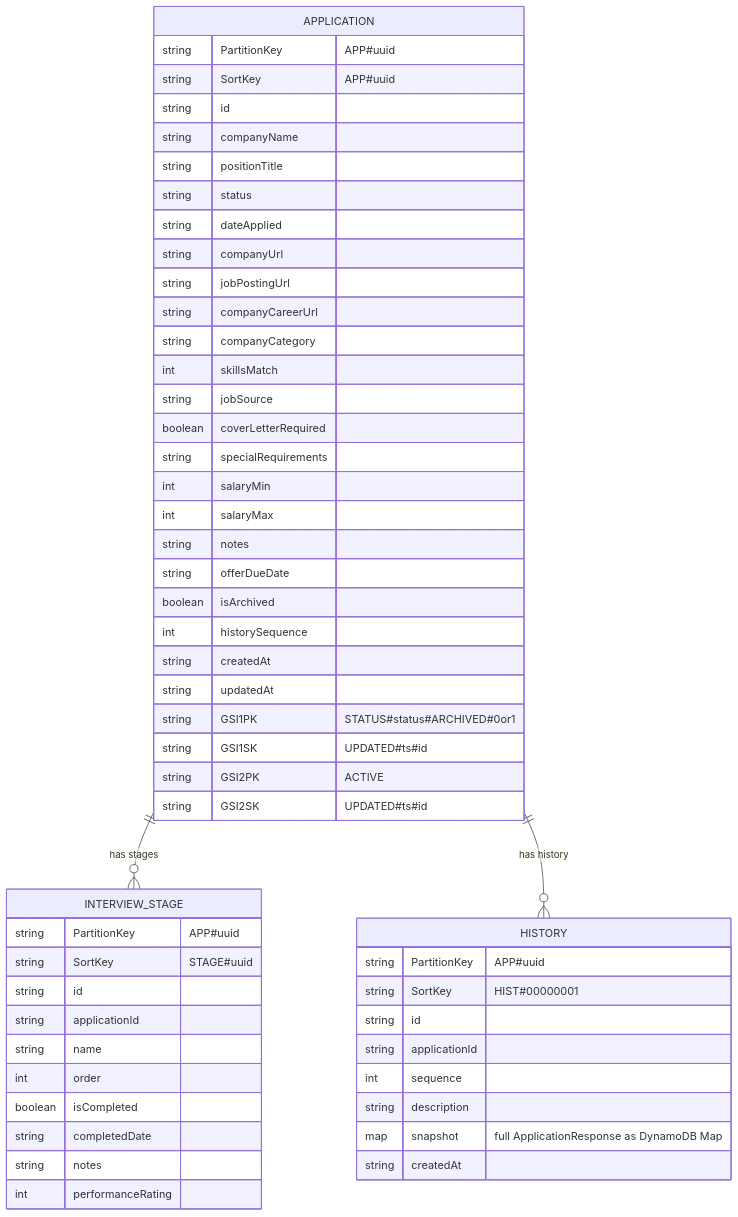
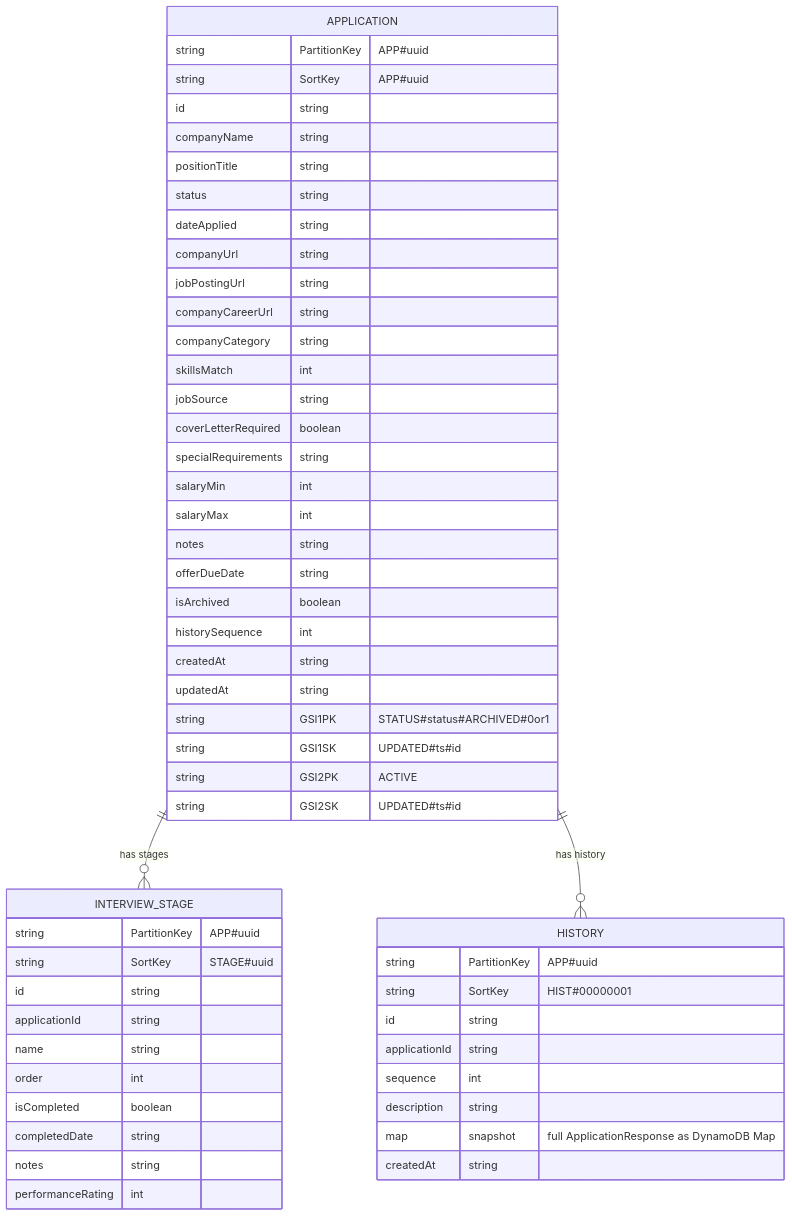
The diagram in docs/schema/lambda-api/README.md (WhatIfWeDigDeeper/application-tracker), drawn with Mermaid before and after one commit. The commit also changed 120 other files, not shown here.

````diff
--- a/docs/schema/lambda-api/README.md
+++ b/docs/schema/lambda-api/README.md
@@ -100,60 +100,60 @@
 ```mermaid
 erDiagram
 
 APPLICATION ||--o{ INTERVIEW_STAGE : "has stages"
 APPLICATION ||--o{ HISTORY : "has history"
 
 APPLICATION {
   string PartitionKey "APP#uuid"
   string SortKey "APP#uuid"
-  string id
-  string companyName
-  string positionTitle
-  string status
-  string dateApplied
-  string companyUrl
-  string jobPostingUrl
-  string companyCareerUrl
-  string companyCategory
-  int skillsMatch
-  string jobSource
-  boolean coverLetterRequired
-  string specialRequirements
-  int salaryMin
-  int salaryMax
-  string notes
-  string offerDueDate
-  boolean isArchived
-  int historySequence
-  string createdAt
-  string updatedAt
+  id string
+  companyName string
+  positionTitle string
+  status string
+  dateApplied string
+  companyUrl string
+  jobPostingUrl string
+  companyCareerUrl string
+  companyCategory string
+  skillsMatch int
+  jobSource string
+  coverLetterRequired boolean
+  specialRequirements string
+  salaryMin int
+  salaryMax int
+  notes string
+  offerDueDate string
+  isArchived boolean
+  historySequence int
+  createdAt string
+  updatedAt string
   string GSI1PK "STATUS#status#ARCHIVED#0or1"
   string GSI1SK "UPDATED#ts#id"
   string GSI2PK "ACTIVE"
   string GSI2SK "UPDATED#ts#id"
 }
 
 INTERVIEW_STAGE {
   string PartitionKey "APP#uuid"
   string SortKey "STAGE#uuid"
-  string id
-  string applicationId
-  string name
-  int order
-  boolean isCompleted
-  string completedDate
-  string notes
-  int performanceRating
+  id string
+  applicationId string
+  name string
+  order int
+  isCompleted boolean
+  completedDate string
+  notes string
+  performanceRating int
 }
 
 HISTORY {
   string PartitionKey "APP#uuid"
   string SortKey "HIST#00000001"
-  string id
-  string applicationId
-  int sequence
-  string description
+  id string
+  applicationId string
+  sequence int
+  description string
   map snapshot "full ApplicationResponse as DynamoDB Map"
-  string createdAt
+  createdAt string
 }
 ```
````
